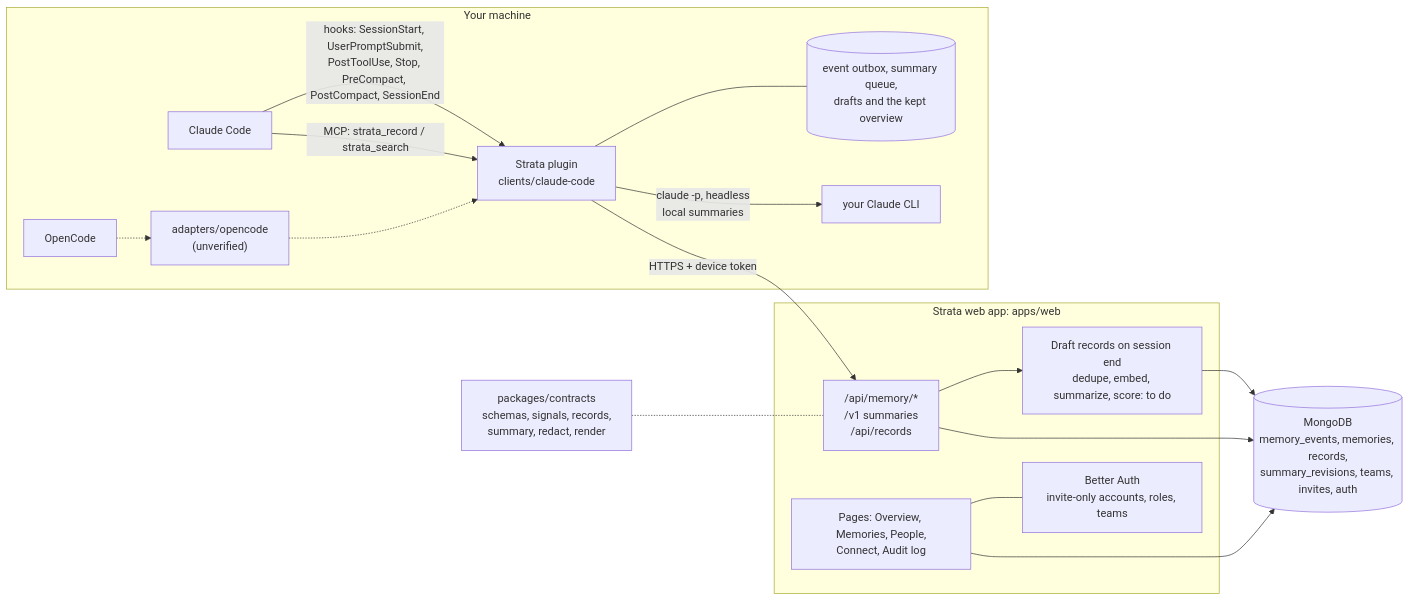
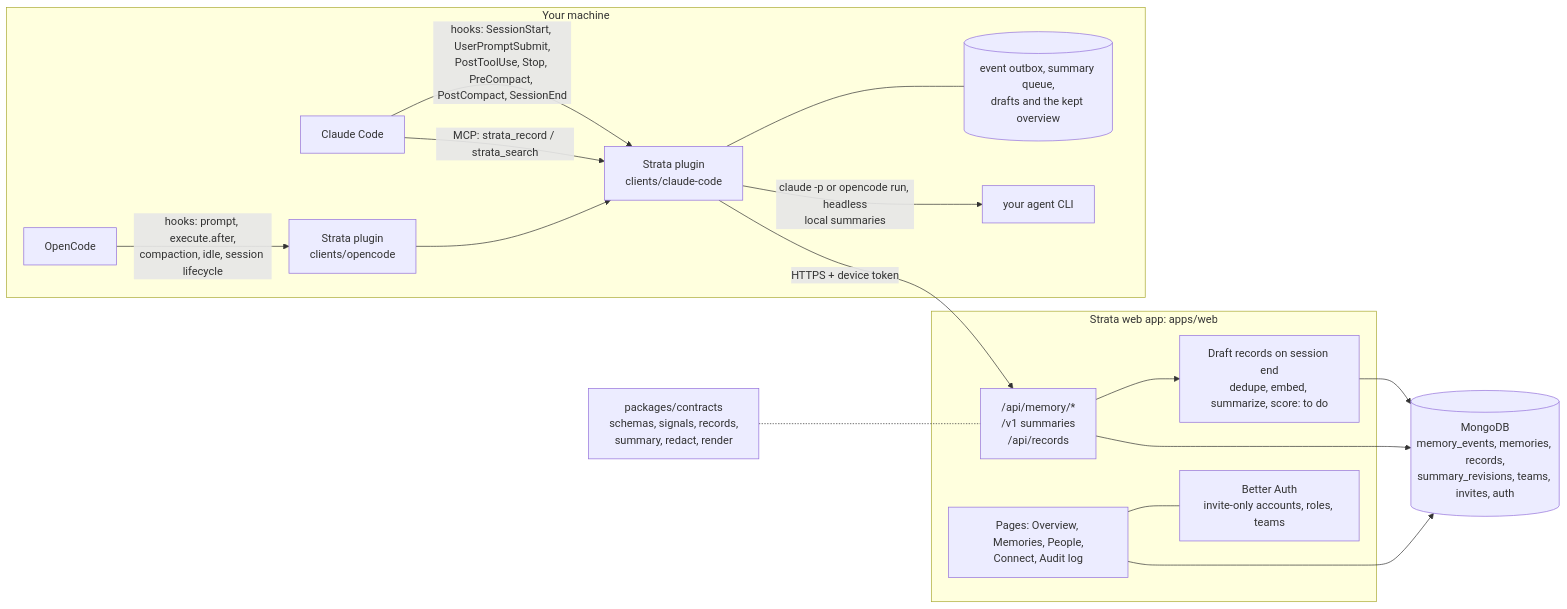
One commit to Erik-Koning/Strata changed the first of 2 diagrams in README.md. Above: the diagram before and after it, drawn with Mermaid. The commit also changed other lines of this file and 24 other files, not shown here.

Commit message:
add opencode plugin

````diff
--- a/README.md
+++ b/README.md
@@ -32,25 +32,25 @@
 ```mermaid
 flowchart LR
   subgraph machine["Your machine"]
     CC["Claude Code"] -- "hooks: SessionStart, UserPromptSubmit,<br/>PostToolUse, Stop, PreCompact, PostCompact, SessionEnd" --> PL["Strata plugin<br/>clients/claude-code"]
     CC -- "MCP: strata_record / strata_search" --> PL
     PL --- OB[("event outbox, summary queue,<br/>drafts and the kept overview")]
-    PL -- "claude -p, headless<br/>local summaries" --> CL["your Claude CLI"]
-    OC["OpenCode"] -.-> OP["adapters/opencode<br/>(unverified)"]
-    OP -.-> PL
+    PL -- "claude -p or opencode run, headless<br/>local summaries" --> CL["your agent CLI"]
+    OC["OpenCode"] -- "hooks: prompt, execute.after,<br/>compaction, idle, session lifecycle" --> OP["Strata plugin<br/>clients/opencode"]
+    OP --> PL
   end
   subgraph server["Strata web app: apps/web"]
     API["/api/memory/*<br/>/v1 summaries<br/>/api/records"]
     UI["Pages: Overview, Memories, People,<br/>Connect, Audit log"]
     AUTH["Better Auth<br/>invite-only accounts, roles, teams"]
     JOBS["Draft records on session end<br/>dedupe, embed, summarize, score: to do"]
   end
   DB[("MongoDB<br/>memory_events, memories, records,<br/>summary_revisions, teams, invites, auth")]
   PL -- "HTTPS + device token" --> API
   UI --- AUTH
   API --> JOBS
   API --> DB
   JOBS --> DB
   UI --> DB
   CT["packages/contracts<br/>schemas, signals, records,<br/>summary, redact, render"] -.- API
 ```
````
